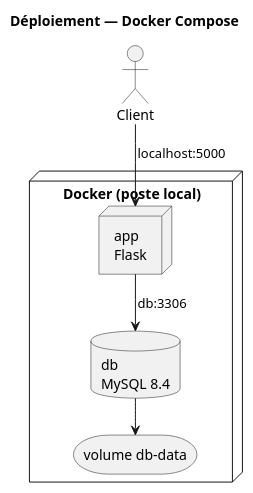
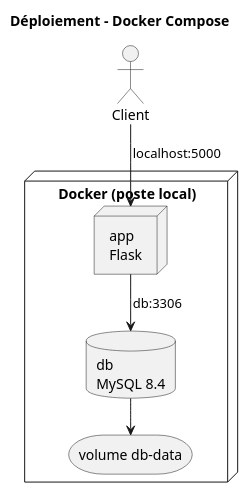
One commit to Maerakk/LOG430_CanDroneX changed the diagram in doc/09_deploiement.puml. Above: the diagram before and after it, drawn with PlantUML. The commit also changed 14 other files, not shown here.

```diff
--- a/doc/09_deploiement.puml
+++ b/doc/09_deploiement.puml
@@ -1,17 +1,17 @@
 @startuml
 !pragma layout smetana
-title Déploiement — Docker Compose
+title Déploiement - Docker Compose
 skinparam componentStyle rectangle
 
 actor Client
 
 node "Docker (poste local)" {
   node "app\nFlask" as app
   database "db\nMySQL 8.4" as db
   storage "volume db-data" as vol
 }
 
 Client --> app : localhost:5000
 app --> db : db:3306
 db --> vol
 @enduml
```
